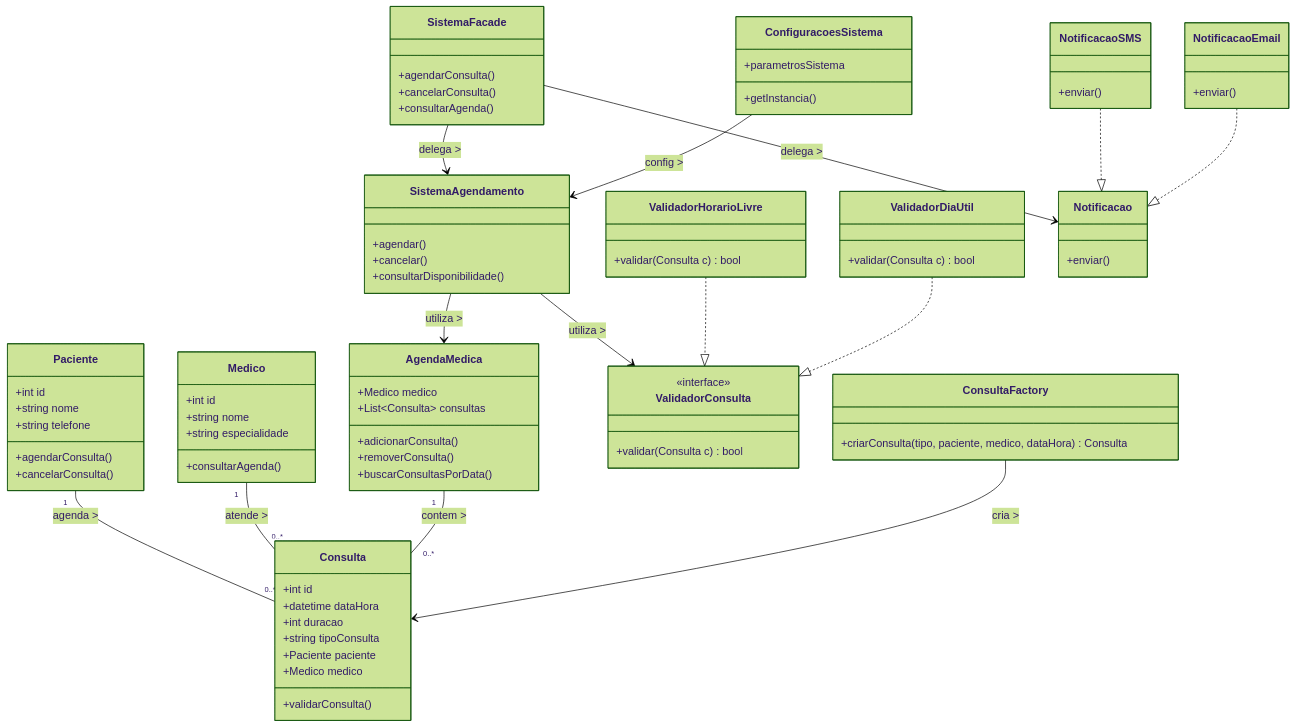
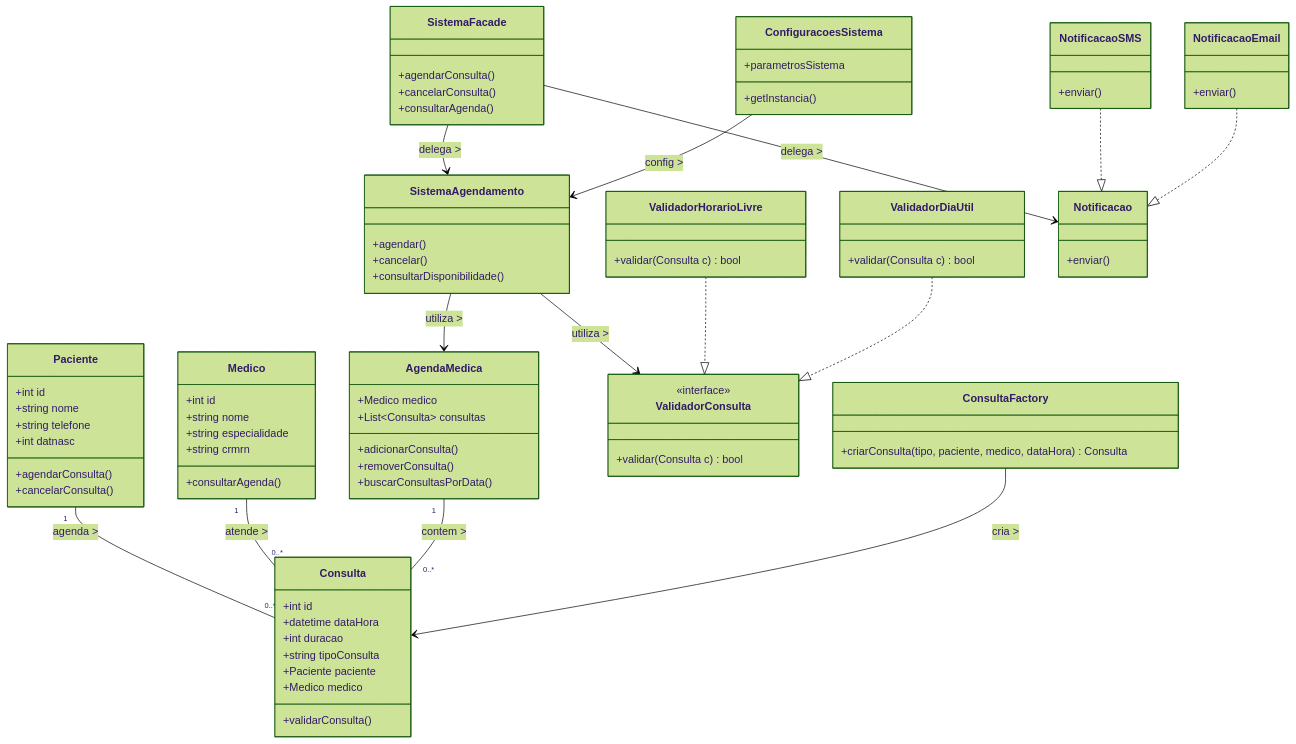
The diagram in Docs/diagrama.md (Joyce8900/SAC), drawn with Mermaid (forest theme) before and after one commit. The commit also changed other lines of this file, not shown here.

```diff
--- a/Docs/diagrama.md
+++ b/Docs/diagrama.md
@@ -46,6 +50,7 @@
         +int id
         +string nome
         +string telefone
+        +int datnasc
         +agendarConsulta()
         +cancelarConsulta()
     }
@@ -54,6 +59,7 @@
         +int id
         +string nome
         +string especialidade
+        +string crmrn
         +consultarAgenda()
     }
 
```
